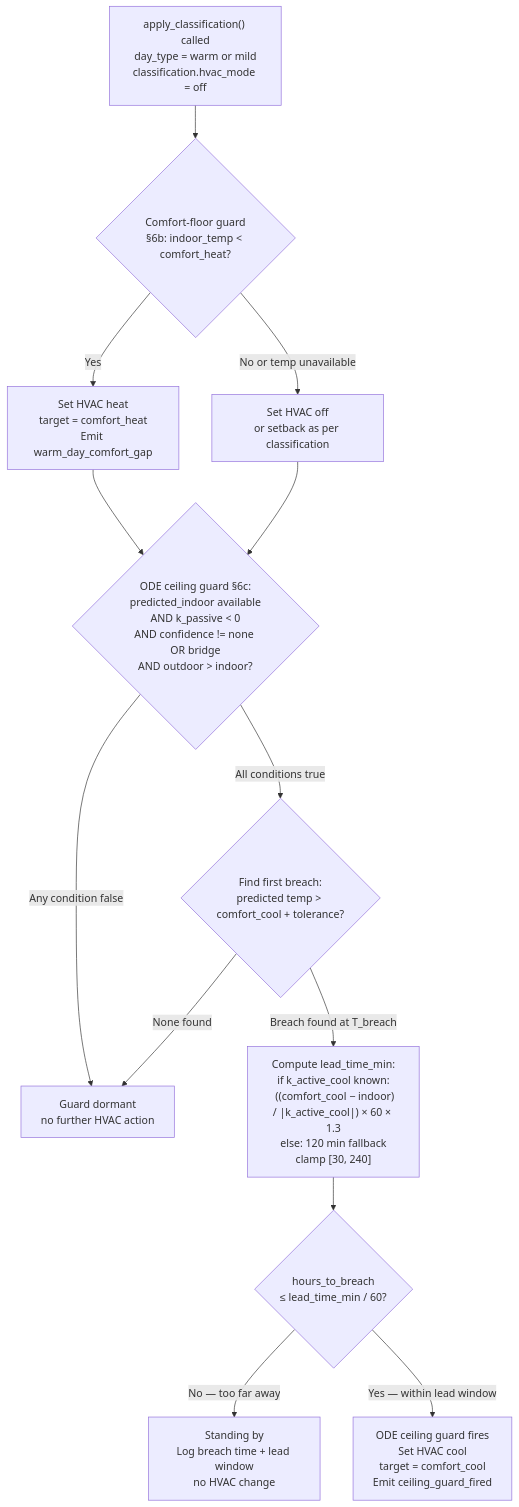
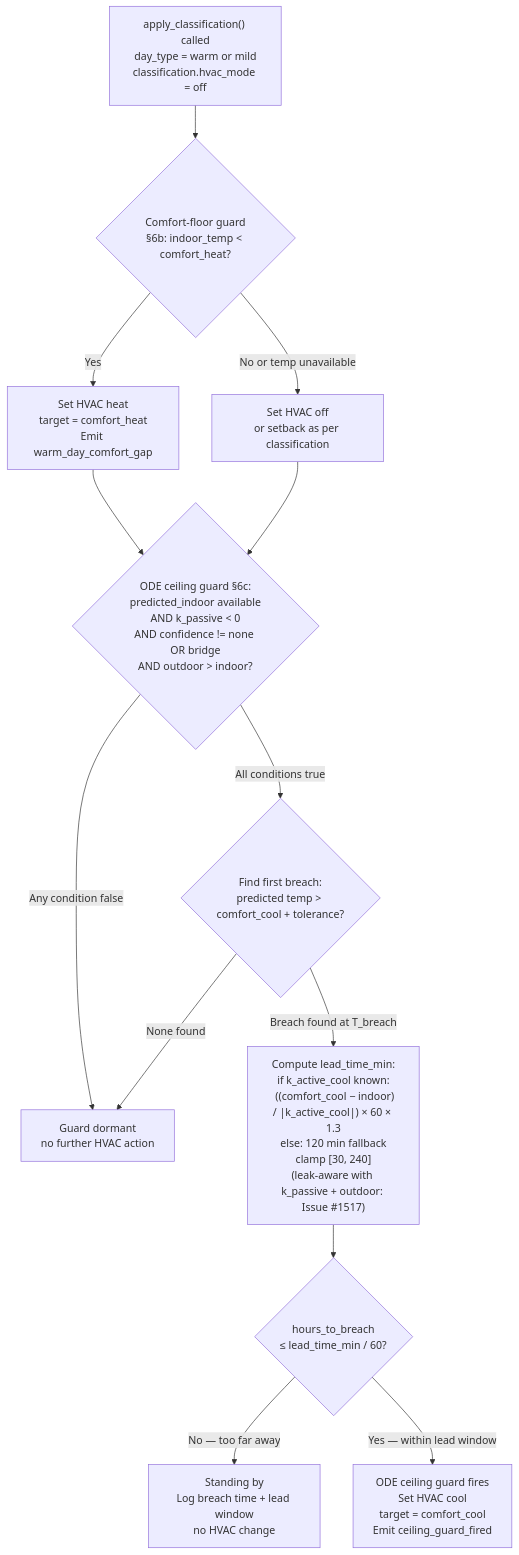
One commit to gunkl/ClimateAdvisor changed diagram 18 of 22 in docs/07-AUTOMATION-FLOWCHART.md. Above: the diagram before and after it, drawn with Mermaid. The commit also changed 16 other files, not shown here.

Commit message:
Fix #1517: pre-heat, pre-cool and the TOU bank lead allows for the house leaking toward outdoor

````diff
--- a/docs/07-AUTOMATION-FLOWCHART.md
+++ b/docs/07-AUTOMATION-FLOWCHART.md
@@ -607,15 +607,15 @@
 ```mermaid
 flowchart TD
     A["apply_classification() called\nday_type = warm or mild\nclassification.hvac_mode = off"] --> B{Comfort-floor guard\n§6b: indoor_temp < comfort_heat?}
     B -->|Yes| C[Set HVAC heat\ntarget = comfort_heat\nEmit warm_day_comfort_gap]
     B -->|No or temp unavailable| E[Set HVAC off\nor setback as per classification]
     C --> D
     E --> D
     D{ODE ceiling guard §6c:\npredicted_indoor available\nAND k_passive < 0\nAND confidence != none OR bridge\nAND outdoor > indoor?} -->|Any condition false| Z[Guard dormant\nno further HVAC action]
     D -->|All conditions true| F{Find first breach:\npredicted temp > comfort_cool + tolerance?}
     F -->|None found| Z
-    F -->|Breach found at T_breach| G["Compute lead_time_min:\nif k_active_cool known:\n  ((comfort_cool − indoor) / |k_active_cool|) × 60 × 1.3\nelse: 120 min fallback\nclamp [30, 240]"]
+    F -->|Breach found at T_breach| G["Compute lead_time_min:\nif k_active_cool known:\n  ((comfort_cool − indoor) / |k_active_cool|) × 60 × 1.3\nelse: 120 min fallback\nclamp [30, 240]\n(leak-aware with k_passive + outdoor: Issue #1517)"]
     G --> H{"hours_to_breach\n≤ lead_time_min / 60?"}
     H -->|No — too far away| I[Standing by\nLog breach time + lead window\nno HVAC change]
     H -->|Yes — within lead window| J[ODE ceiling guard fires\nSet HVAC cool\ntarget = comfort_cool\nEmit ceiling_guard_fired]
 ```
````
